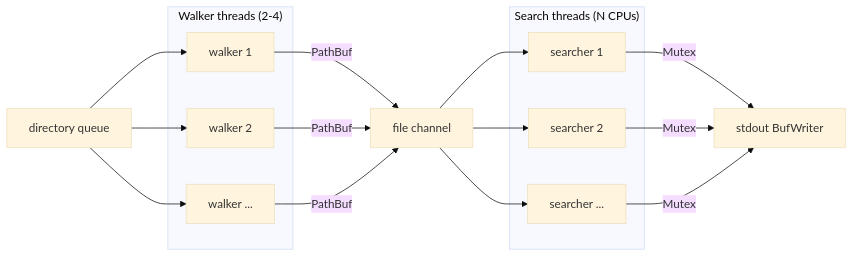
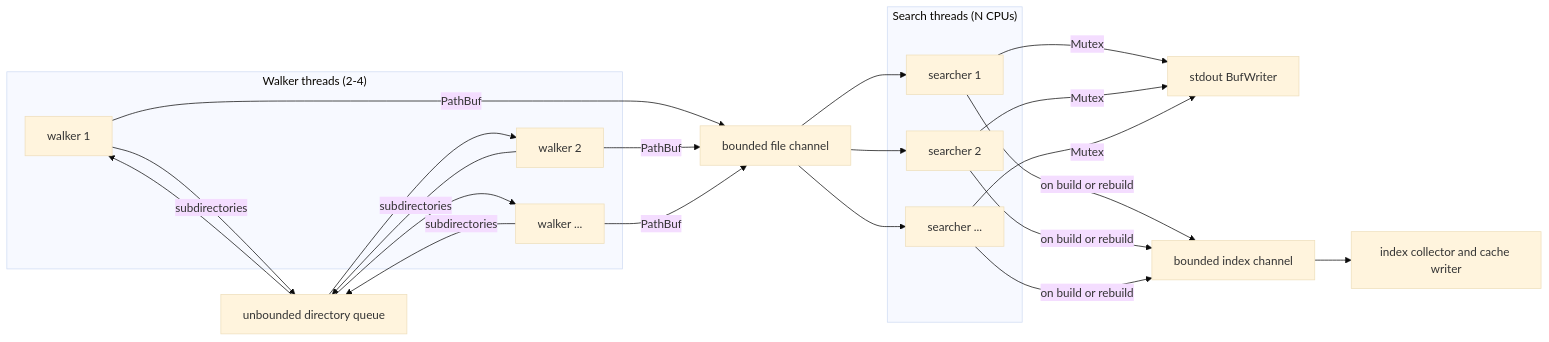
The diagram in docs/parallel.mmd (awnion/fastgrep), drawn with Mermaid (base theme) before and after one commit. The commit also changed 13 other files, not shown here.

```diff
--- a/docs/parallel.mmd
+++ b/docs/parallel.mmd
@@ -1,17 +1,20 @@
 graph LR
     subgraph Walker ["Walker threads (2-4)"]
         W1["walker 1"]
         W2["walker 2"]
         W3["walker ..."]
     end
 
     subgraph Searcher ["Search threads (N CPUs)"]
         S1["searcher 1"]
         S2["searcher 2"]
         S3["searcher ..."]
     end
 
-    DirQueue["directory queue"] --> W1 & W2 & W3
-    W1 & W2 & W3 -->|PathBuf| FileChannel["file channel"]
+    DirQueue["unbounded directory queue"] --> W1 & W2 & W3
+    W1 & W2 & W3 -->|PathBuf| FileChannel["bounded file channel"]
     FileChannel --> S1 & S2 & S3
     S1 & S2 & S3 -->|Mutex| Stdout["stdout BufWriter"]
+    W1 & W2 & W3 -->|subdirectories| DirQueue
+    S1 & S2 & S3 -->|on build or rebuild| IndexChannel["bounded index channel"]
+    IndexChannel --> Index["index collector and cache writer"]
```
